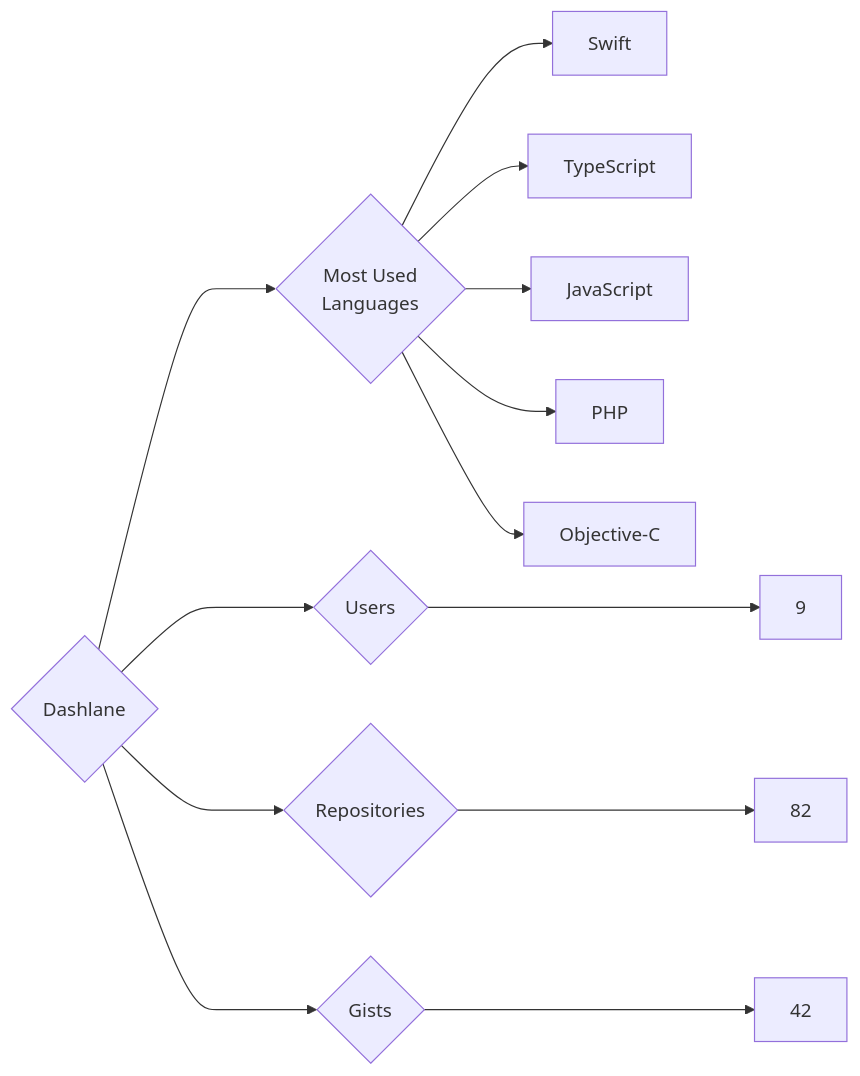
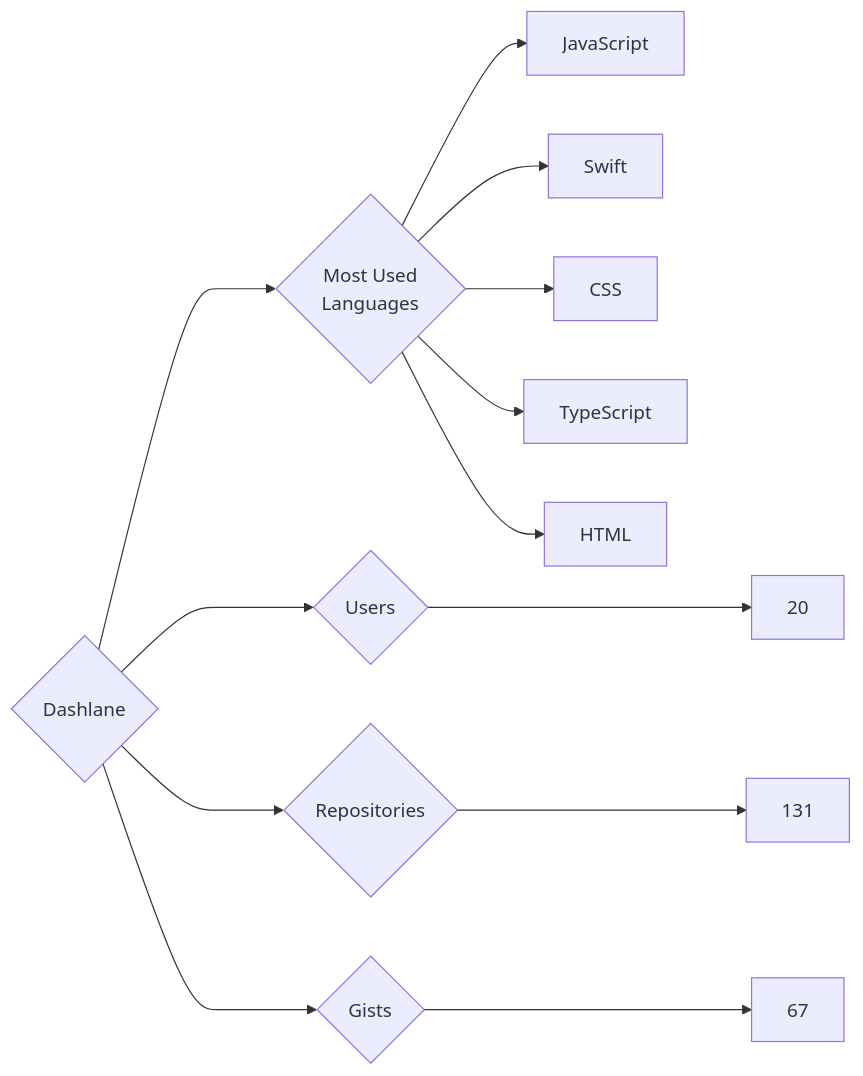
Before and after one commit to trickest/insiders: the diagram in targets/Dashlane/README.md, drawn with Mermaid. The commit also changed 633 other files, not shown here.

````diff
--- a/targets/Dashlane/README.md
+++ b/targets/Dashlane/README.md
@@ -3,13 +3,13 @@
 ```mermaid
 graph LR
 COMPANY_NAME{Dashlane}
-COMPANY_NAME ---> U{Users} ---> UN[9]
-COMPANY_NAME ---> R{Repositories} ---> RN[82]
-COMPANY_NAME ---> G{Gists} ---> GN[42]
+COMPANY_NAME ---> U{Users} ---> UN[20]
+COMPANY_NAME ---> R{Repositories} ---> RN[131]
+COMPANY_NAME ---> G{Gists} ---> GN[67]
 COMPANY_NAME ---> ML{Most Used<br>Languages}
+ML --> JavaScript[JavaScript]
 ML --> Swift[Swift]
+ML --> CSS[CSS]
 ML --> TypeScript[TypeScript]
-ML --> JavaScript[JavaScript]
-ML --> PHP[PHP]
-ML --> Objective-C[Objective-C]
+ML --> HTML[HTML]
 ```
````
